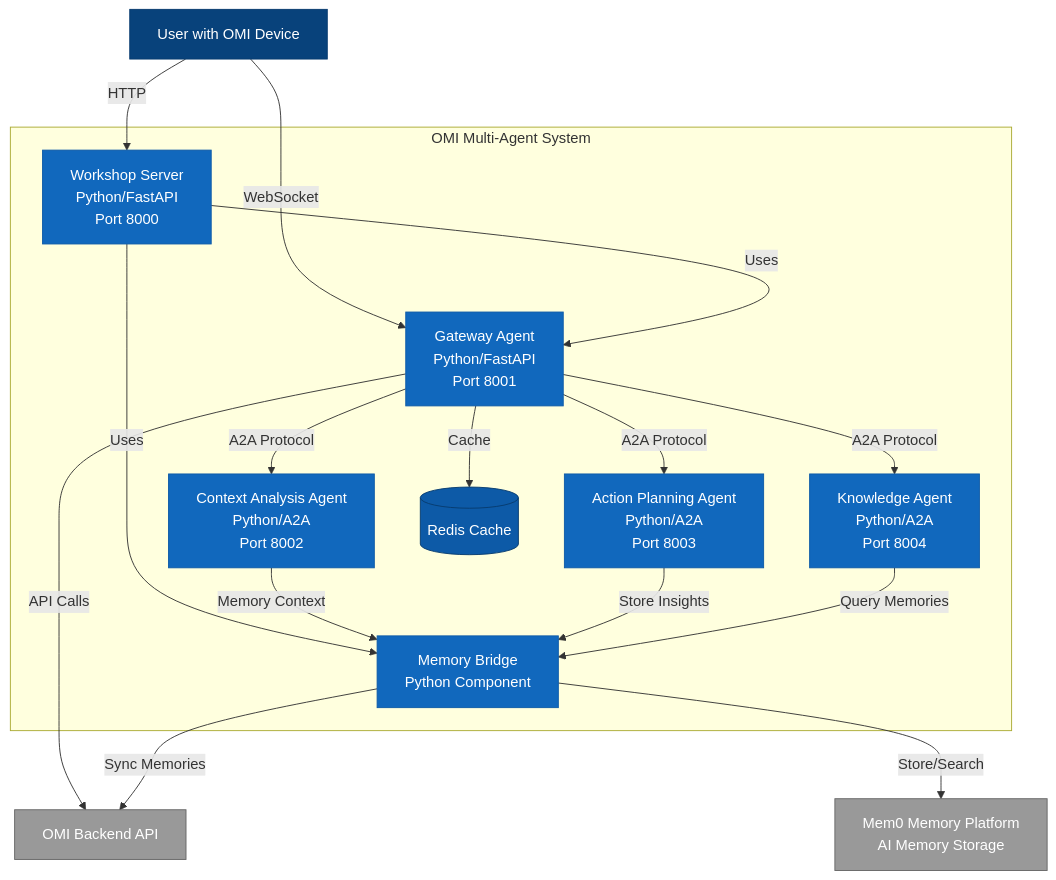
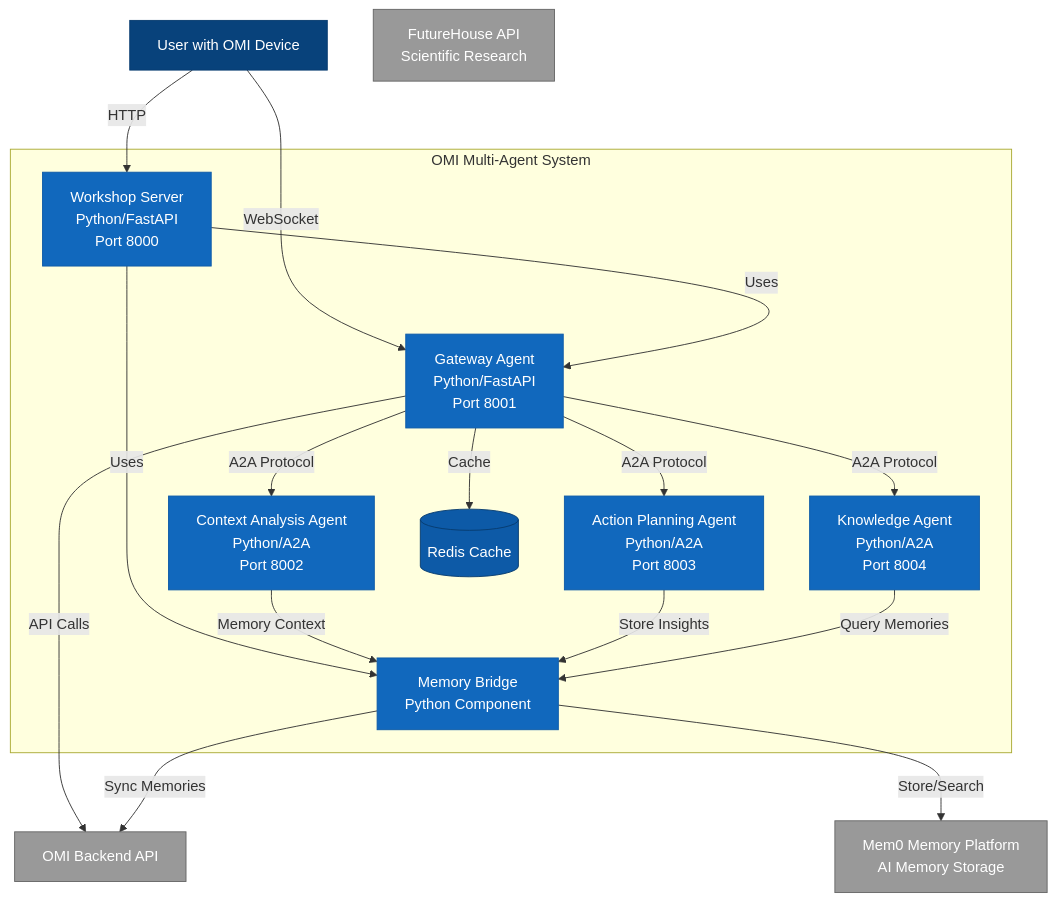
Before and after one commit to GDG-PVD/neurohub: the second of 5 diagrams in docs/architecture/c4-diagrams.md, drawn with Mermaid. The commit also changed 5 other files, not shown here.

````diff
--- a/docs/architecture/c4-diagrams.md
+++ b/docs/architecture/c4-diagrams.md
@@ -37,43 +37,44 @@
 ```mermaid
 graph TB
     %% Styling
     classDef person fill:#08427b,stroke:#073b6f,color:#fff
     classDef container fill:#1168bd,stroke:#0d5aa7,color:#fff
     classDef db fill:#0d5aa7,stroke:#073b6f,color:#fff
     classDef external fill:#999,stroke:#666,color:#fff
     classDef agentdb fill:#00c896,stroke:#00a876,color:#fff
     
     %% External
     User[User with OMI Device]:::person
     OMIBackend[OMI Backend API]:::external
     Mem0[Mem0 Memory Platform<br/>AI Memory Storage]:::external
+    FutureHouse[FutureHouse API<br/>Scientific Research]:::external
     
     %% Containers
     subgraph System[OMI Multi-Agent System]
         Gateway[Gateway Agent<br/>Python/FastAPI<br/>Port 8001]:::container
         Context[Context Analysis Agent<br/>Python/A2A<br/>Port 8002]:::container
         Action[Action Planning Agent<br/>Python/A2A<br/>Port 8003]:::container
         Knowledge[Knowledge Agent<br/>Python/A2A<br/>Port 8004]:::container
         Workshop[Workshop Server<br/>Python/FastAPI<br/>Port 8000]:::container
         MemBridge[Memory Bridge<br/>Python Component]:::container
         Redis[(Redis Cache)]:::db
     end
     
     %% Relationships
     User -->|WebSocket| Gateway
     User -->|HTTP| Workshop
     Gateway -->|A2A Protocol| Context
     Gateway -->|A2A Protocol| Action
     Gateway -->|A2A Protocol| Knowledge
     Gateway -->|Cache| Redis
     Gateway -->|API Calls| OMIBackend
     Workshop -->|Uses| Gateway
     Workshop -->|Uses| MemBridge
     
     %% Memory connections
     MemBridge -->|Sync Memories| OMIBackend
     MemBridge -->|Store/Search| Mem0
     Context -->|Memory Context| MemBridge
     Action -->|Store Insights| MemBridge
     Knowledge -->|Query Memories| MemBridge
 ```
````
